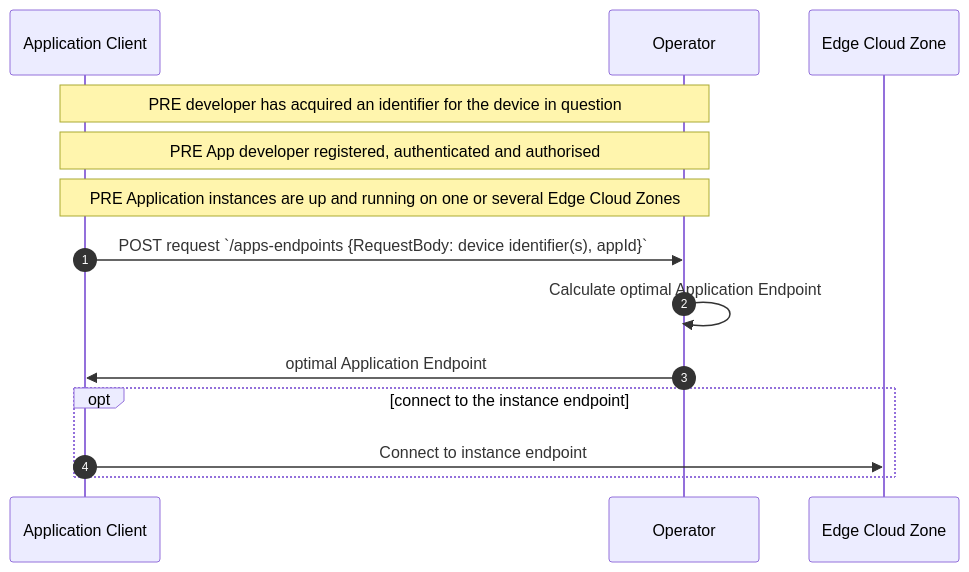
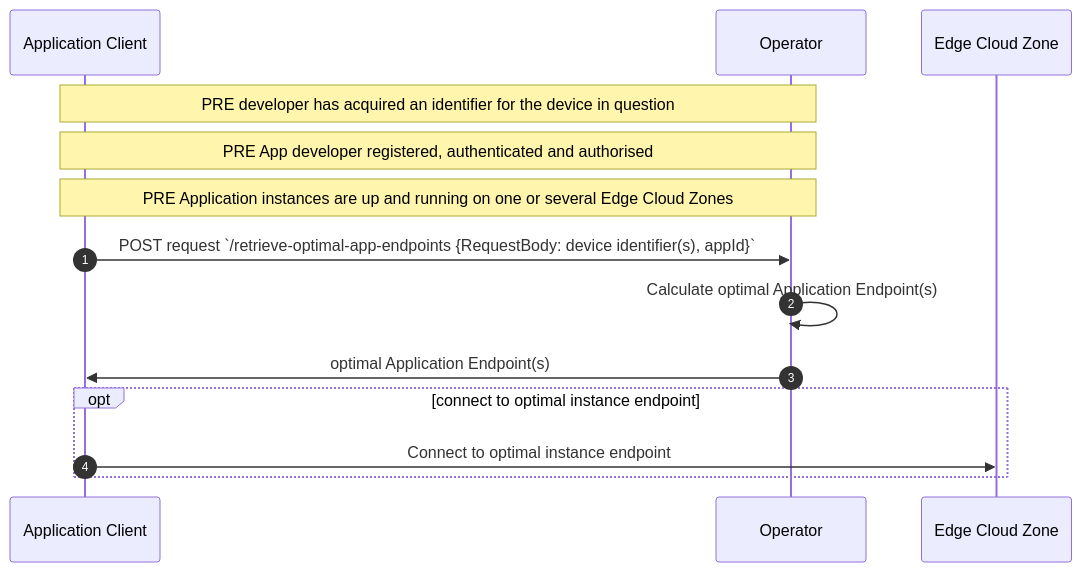
One commit to camaraproject/EdgeCloud changed the first of 2 diagrams in documentation/SupportingDocuments/API_Documentation/User Stories/Application Endpoint Discovery User Story.md. Above: the diagram before and after it, drawn with Mermaid. The commit also changed other lines of this file and 3 other files, not shown here.

````diff
--- a/documentation/SupportingDocuments/API_Documentation/User Stories/Application Endpoint Discovery User Story.md
+++ b/documentation/SupportingDocuments/API_Documentation/User Stories/Application Endpoint Discovery User Story.md
@@ -28,17 +31,17 @@
 ```mermaid
 sequenceDiagram
     autonumber
     participant Application Client
     participant Operator
     participant Edge Cloud Zone
     Note over Application Client, Operator: PRE developer has acquired an identifier for the device in question
     Note over Application Client, Operator: PRE App developer registered, authenticated and authorised
     Note over Application Client, Operator: PRE Application instances are up and running on one or several Edge Cloud Zones  
 
-    Application Client->>Operator: POST request `/apps-endpoints {RequestBody: device identifier(s), appId}`
-    Operator->>Operator: Calculate optimal Application Endpoint	    
-    Operator->>Application Client: optimal Application Endpoint 
-    opt connect to the instance endpoint     
-     Application Client->>Edge Cloud Zone: Connect to instance endpoint
+    Application Client->>Operator: POST request `/retrieve-optimal-app-endpoints {RequestBody: device identifier(s), appId}`
+    Operator->>Operator: Calculate optimal Application Endpoint(s)
+    Operator->>Application Client: optimal Application Endpoint(s)
+    opt connect to optimal instance endpoint
+      Application Client->>Edge Cloud Zone: Connect to optimal instance endpoint
     end
 ```
````
